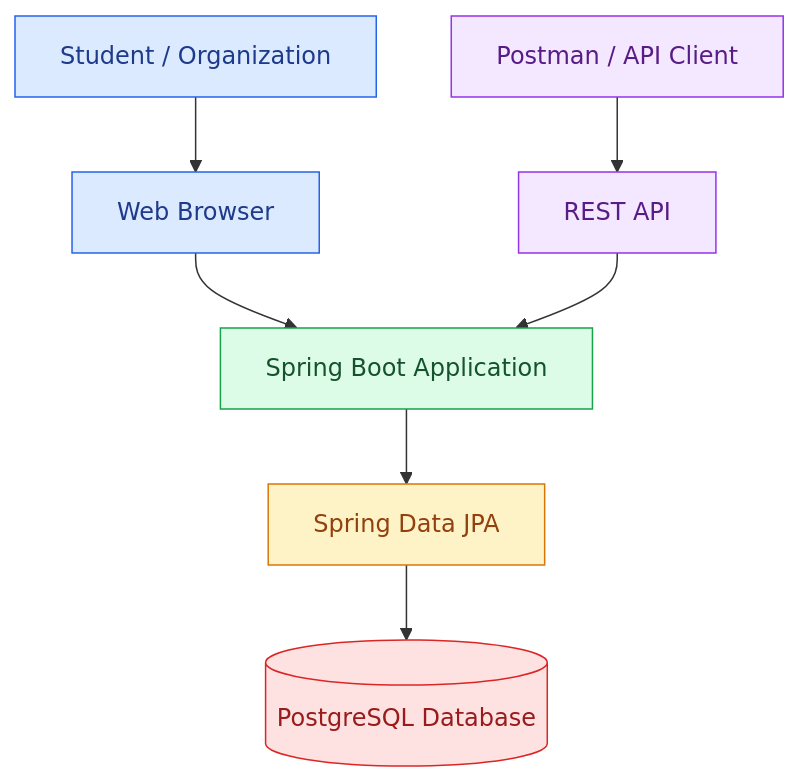
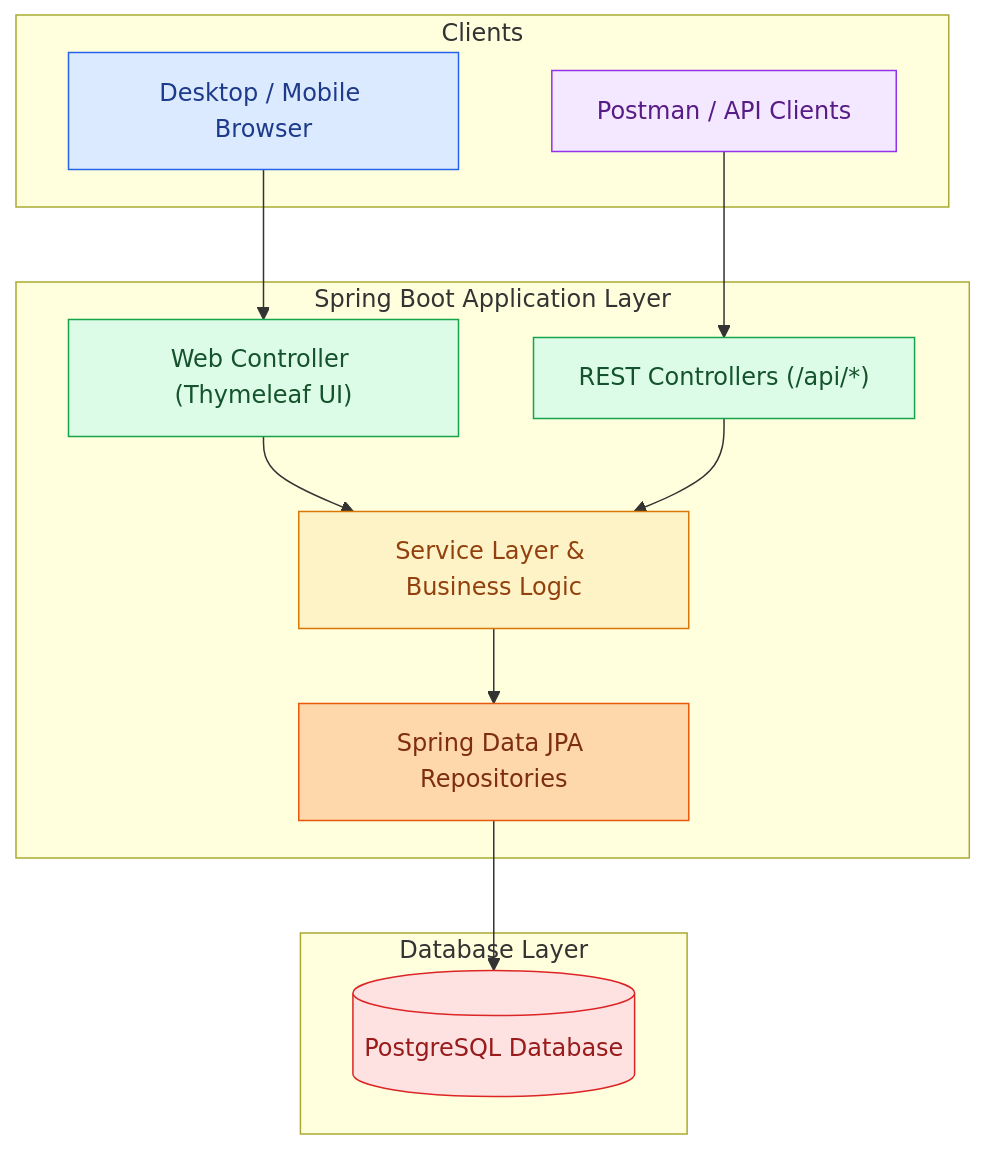
One commit to JVP008/Internship-Tracker changed the second of 3 diagrams in README.md. Above: the diagram before and after it, drawn with Mermaid. The commit also changed other lines of this file, not shown here.

````diff
--- a/README.md
+++ b/README.md
@@ -76,17 +83,33 @@
 ```mermaid
 flowchart TD
-    A["Student / Organization"] --> B["Web Browser"]
-    C["Postman / API Client"] --> D["REST API"]
-    B --> E["Spring Boot Application"]
+    subgraph Clients["Clients"]
+        A["Desktop / Mobile Browser"]
+        B["Postman / API Clients"]
+    end
+
+    subgraph AppLayer["Spring Boot Application Layer"]
+        C["Web Controller (Thymeleaf UI)"]
+        D["REST Controllers (/api/*)"]
+        E["Service Layer & Business Logic"]
+        F["Spring Data JPA Repositories"]
+    end
+
+    subgraph DataLayer["Database Layer"]
+        G[("PostgreSQL Database")]
+    end
+
+    A --> C
+    B --> D
+    C --> E
     D --> E
-    E --> F["Spring Data JPA"]
-    F --> G[("PostgreSQL Database")]
+    E --> F
+    F --> G
 
     style A fill:#dbeafe,stroke:#2563eb,color:#1e3a8a
-    style B fill:#dbeafe,stroke:#2563eb,color:#1e3a8a
-    style C fill:#f3e8ff,stroke:#9333ea,color:#581c87
-    style D fill:#f3e8ff,stroke:#9333ea,color:#581c87
-    style E fill:#dcfce7,stroke:#16a34a,color:#14532d
-    style F fill:#fef3c7,stroke:#d97706,color:#92400e
+    style B fill:#f3e8ff,stroke:#9333ea,color:#581c87
+    style C fill:#dcfce7,stroke:#16a34a,color:#14532d
+    style D fill:#dcfce7,stroke:#16a34a,color:#14532d
+    style E fill:#fef3c7,stroke:#d97706,color:#92400e
+    style F fill:#fed7aa,stroke:#ea580c,color:#7c2d12
     style G fill:#fee2e2,stroke:#dc2626,color:#991b1b
 ```
````
